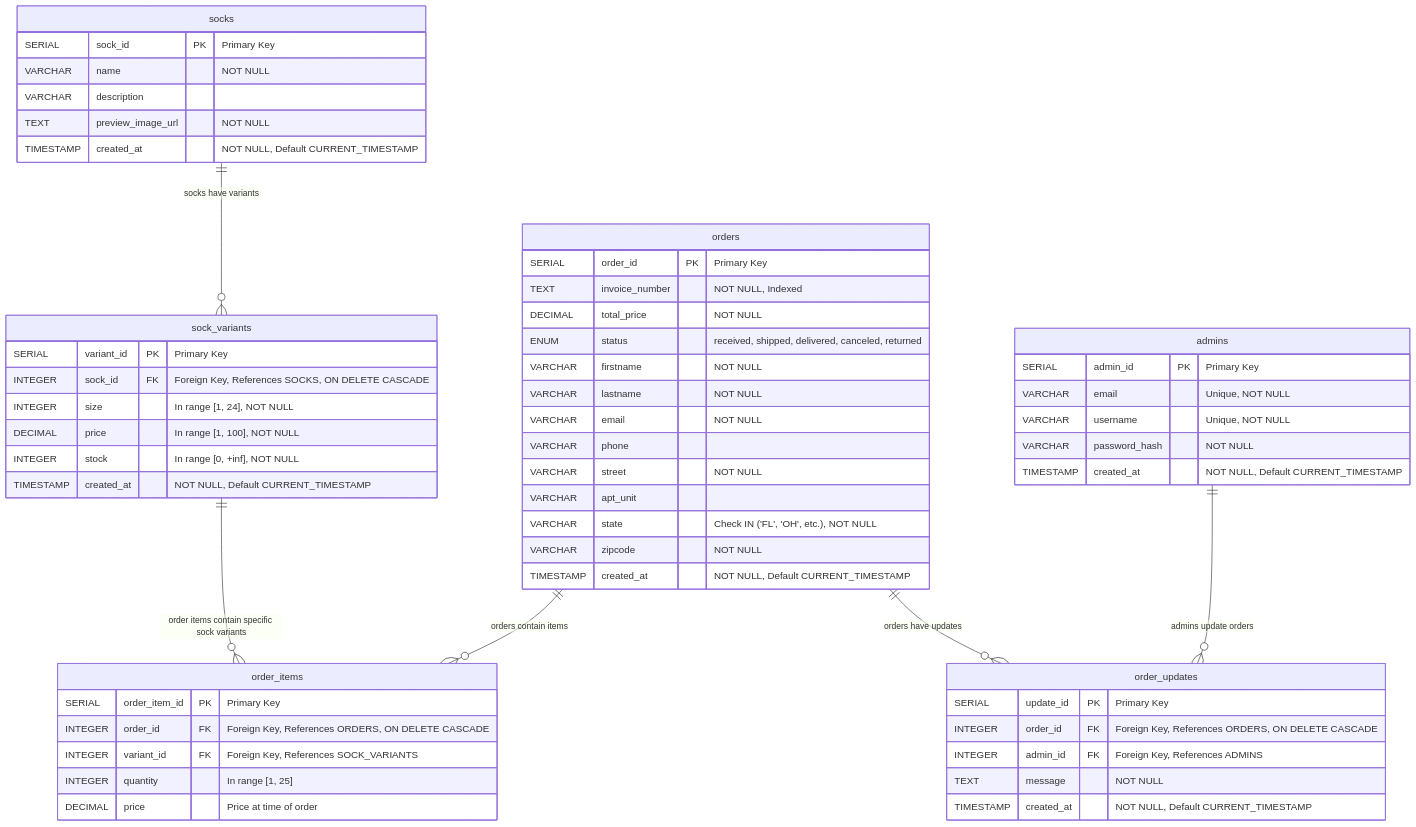
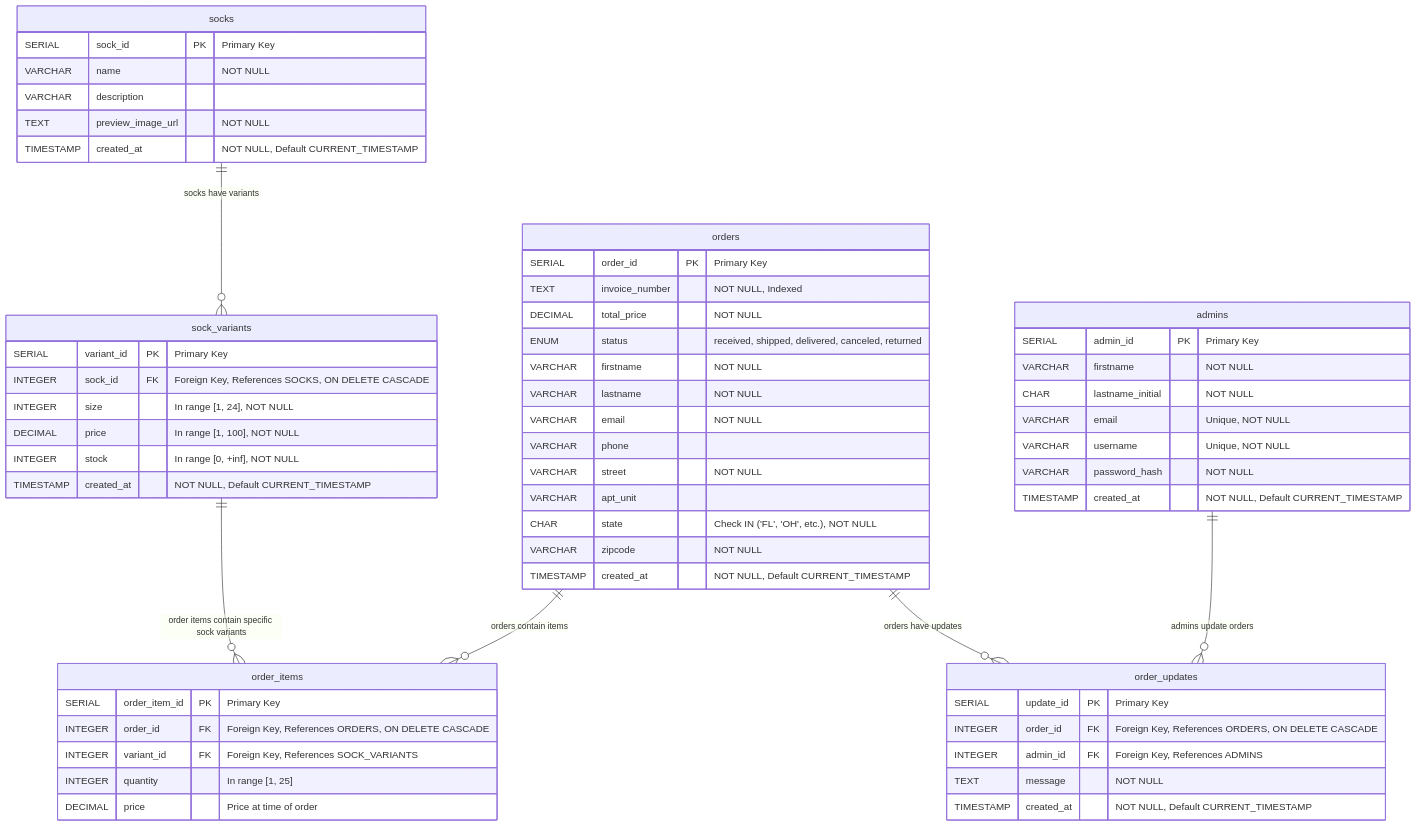
The diagram in docs/planning/entity_relationship_diagram.md (sockify/sockify), drawn with Mermaid before and after one commit. The commit also changed 5 other files, not shown here.

First line of the commit message:
feat: adds firstname and lastname to DB and updates UI and API

````diff
--- a/docs/planning/entity_relationship_diagram.md
+++ b/docs/planning/entity_relationship_diagram.md
@@ -3,65 +3,67 @@
 ```mermaid
 erDiagram
     admins {
         SERIAL admin_id PK "Primary Key"
+        VARCHAR firstname "NOT NULL"
+        CHAR lastname_initial "NOT NULL"
         VARCHAR email "Unique, NOT NULL"
         VARCHAR username "Unique, NOT NULL"
         VARCHAR password_hash "NOT NULL"
         TIMESTAMP created_at "NOT NULL, Default CURRENT_TIMESTAMP"
     }
 
     socks {
         SERIAL sock_id PK "Primary Key"
         VARCHAR name "NOT NULL"
         VARCHAR description
         TEXT preview_image_url "NOT NULL"
         TIMESTAMP created_at "NOT NULL, Default CURRENT_TIMESTAMP"
     }
 
     sock_variants {
         SERIAL variant_id PK "Primary Key"
         INTEGER sock_id FK "Foreign Key, References SOCKS, ON DELETE CASCADE"
         INTEGER size "In range [1, 24], NOT NULL"
         DECIMAL price "In range [1, 100], NOT NULL"
         INTEGER stock "In range [0, +inf], NOT NULL"
         TIMESTAMP created_at "NOT NULL, Default CURRENT_TIMESTAMP"
     }
 
     orders {
         SERIAL order_id PK "Primary Key"
         TEXT invoice_number "NOT NULL, Indexed"
         DECIMAL total_price "NOT NULL"
         ENUM status "received, shipped, delivered, canceled, returned"
         VARCHAR firstname "NOT NULL"
         VARCHAR lastname "NOT NULL"
         VARCHAR email "NOT NULL"
         VARCHAR phone
         VARCHAR street "NOT NULL"
         VARCHAR apt_unit
-        VARCHAR state "Check IN ('FL', 'OH', etc.), NOT NULL"
+        CHAR state "Check IN ('FL', 'OH', etc.), NOT NULL"
         VARCHAR zipcode "NOT NULL"
         TIMESTAMP created_at "NOT NULL, Default CURRENT_TIMESTAMP"
     }
 
     order_items {
         SERIAL order_item_id PK "Primary Key"
         INTEGER order_id FK "Foreign Key, References ORDERS, ON DELETE CASCADE"
         INTEGER variant_id FK "Foreign Key, References SOCK_VARIANTS"
         INTEGER quantity "In range [1, 25]"
         DECIMAL price "Price at time of order"
     }
 
     order_updates {
         SERIAL update_id PK "Primary Key"
         INTEGER order_id FK "Foreign Key, References ORDERS, ON DELETE CASCADE"
         INTEGER admin_id FK "Foreign Key, References ADMINS"
         TEXT message "NOT NULL"
         TIMESTAMP created_at "NOT NULL, Default CURRENT_TIMESTAMP"
     }
 
     socks ||--o{ sock_variants : "socks have variants"
     orders ||--o{ order_items : "orders contain items"
     sock_variants ||--o{ order_items : "order items contain specific sock variants"
     admins ||--o{ order_updates : "admins update orders"
     orders ||--o{ order_updates : "orders have updates"
 ```
````
